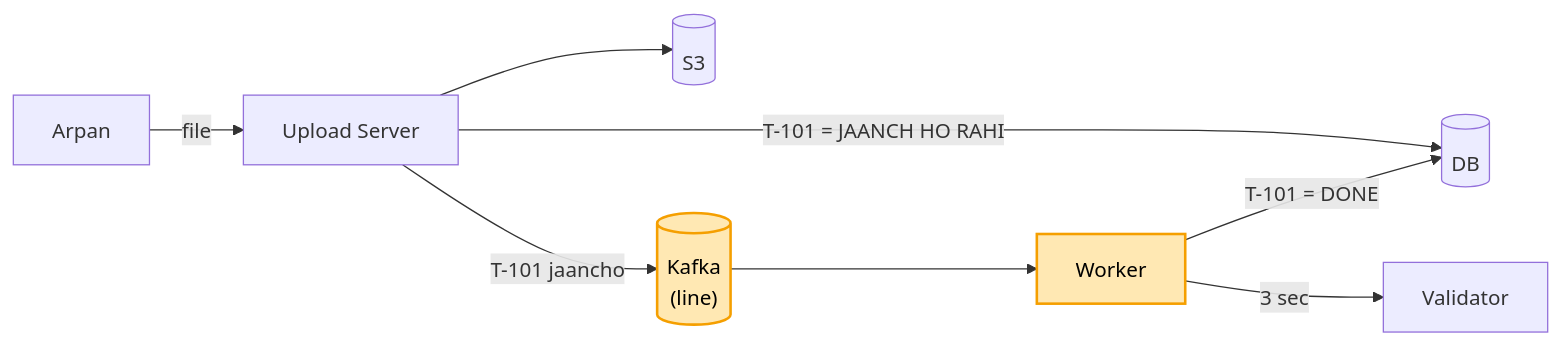
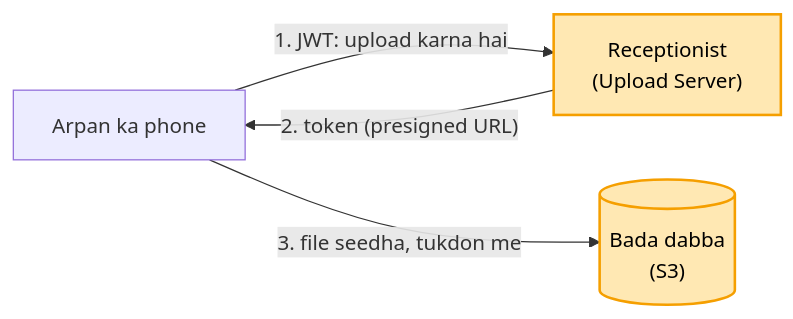
The second of 6 diagrams in 04_HLD/SYSTEM_DESIGNS/07_file_upload_validate_system/07_file_upload.md (ArpanMaheshwari144/Prep), drawn with Mermaid before and after one commit. The commit also changed other lines of this file and 2 other files, not shown here.

Commit message:
File upload: scene-mock se hand notes + main file kahani format (peeche line, seedha S3 + tukde, receptionist token, S3 event, folder ped DB me, maalik check, chhota link, scan ki alag line)

````diff
--- a/04_HLD/SYSTEM_DESIGNS/07_file_upload_validate_system/07_file_upload.md
+++ b/04_HLD/SYSTEM_DESIGNS/07_file_upload_validate_system/07_file_upload.md
@@ -99,12 +72,8 @@
 ```mermaid
 flowchart LR
-    A["Arpan"] -->|"file"| U["Upload Server"]
-    U --> S3[("S3")]
-    U -->|"T-101 = JAANCH HO RAHI"| D[("DB")]
-    U -->|"T-101 jaancho"| K[("Kafka<br/>(line)")]
-    K --> W["Worker"]
-    W -->|"3 sec"| V["Validator"]
-    W -->|"T-101 = DONE"| D
-    style K fill:#ffe8b3,stroke:#f59f00,stroke-width:2px,color:#000
-    style W fill:#ffe8b3,stroke:#f59f00,stroke-width:2px,color:#000
+    A["Arpan ka phone"] -- "1. JWT: upload karna hai" --> U["Receptionist<br/>(Upload Server)"]
+    U -- "2. token (presigned URL)" --> A
+    A -- "3. file seedha, tukdon me" --> S3[("Bada dabba<br/>(S3)")]
+    style U fill:#ffe8b3,stroke:#f59f00,stroke-width:2px,color:#000
+    style S3 fill:#ffe8b3,stroke:#f59f00,stroke-width:2px,color:#000
 ```
````
